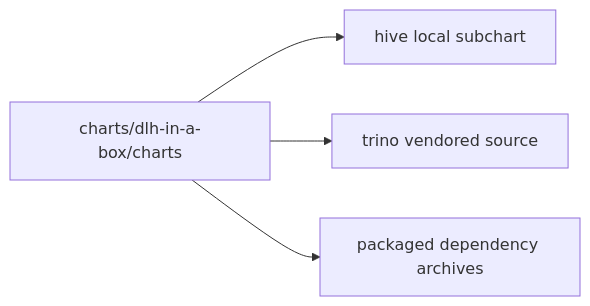
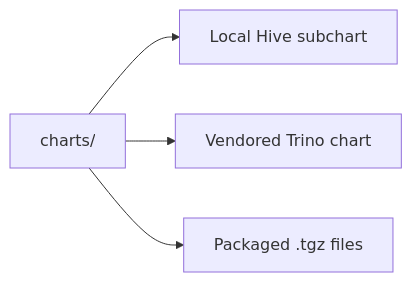
The diagram in charts/dlh-in-a-box/charts/README.md (sanger-pathogens/dlh-in-a-box-umbrella-helm-chart), drawn with Mermaid before and after one commit. The commit also changed other lines of this file and 37 other files, not shown here.

````diff
--- a/charts/dlh-in-a-box/charts/README.md
+++ b/charts/dlh-in-a-box/charts/README.md
@@ -11,6 +9,6 @@
 ```mermaid
 flowchart LR
-  Subcharts[charts/dlh-in-a-box/charts] --> Hive[hive local subchart]
-  Subcharts --> Trino[trino vendored source]
-  Subcharts --> Archives[packaged dependency archives]
+  Folder[charts/] --> Hive[Local Hive subchart]
+  Folder --> Trino[Vendored Trino chart]
+  Folder --> Archives[Packaged .tgz files]
 ```
````
